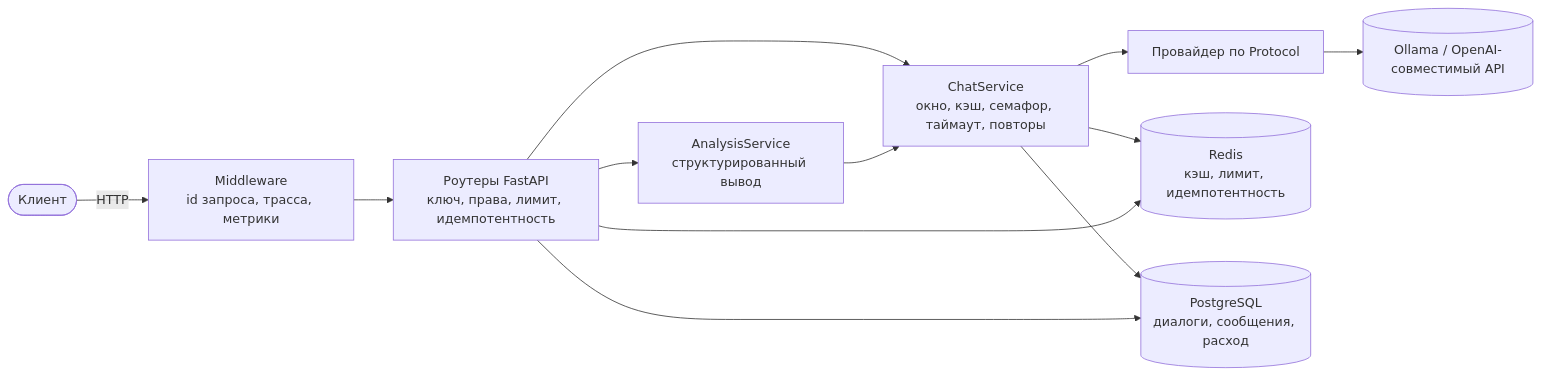
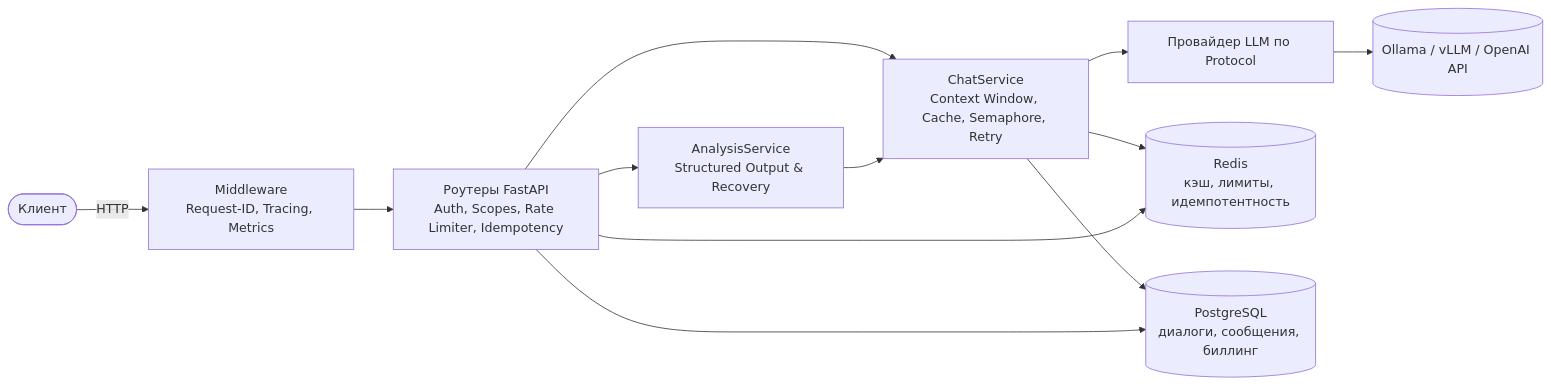
One commit to DelixeamI/llm-chat-api changed the first of 2 diagrams in README.md. Above: the diagram before and after it, drawn with Mermaid. The commit also changed other lines of this file and 8 other files, not shown here.

````diff
--- a/README.md
+++ b/README.md
@@ -102,14 +103,14 @@
 ```mermaid
 flowchart LR
-    client([Клиент]) -->|HTTP| mw[Middleware<br/>id запроса, трасса, метрики]
-    mw --> api[Роутеры FastAPI<br/>ключ, права, лимит, идемпотентность]
-    api --> chat[ChatService<br/>окно, кэш, семафор, таймаут, повторы]
-    api --> analysis[AnalysisService<br/>структурированный вывод]
+    client([Клиент]) -->|HTTP| mw[Middleware<br/>Request-ID, Tracing, Metrics]
+    mw --> api[Роутеры FastAPI<br/>Auth, Scopes, Rate Limiter, Idempotency]
+    api --> chat[ChatService<br/>Context Window, Cache, Semaphore, Retry]
+    api --> analysis[AnalysisService<br/>Structured Output & Recovery]
     analysis --> chat
-    chat --> provider[Провайдер по Protocol]
-    provider --> llm[(Ollama / OpenAI-совместимый API)]
-    chat --> redis[(Redis<br/>кэш, лимит, идемпотентность)]
+    chat --> provider[Провайдер LLM по Protocol]
+    provider --> llm[(Ollama / vLLM / OpenAI API)]
+    chat --> redis[(Redis<br/>кэш, лимиты, идемпотентность)]
     api --> redis
-    chat --> pg[(PostgreSQL<br/>диалоги, сообщения, расход)]
+    chat --> pg[(PostgreSQL<br/>диалоги, сообщения, биллинг)]
     api --> pg
 ```
````
